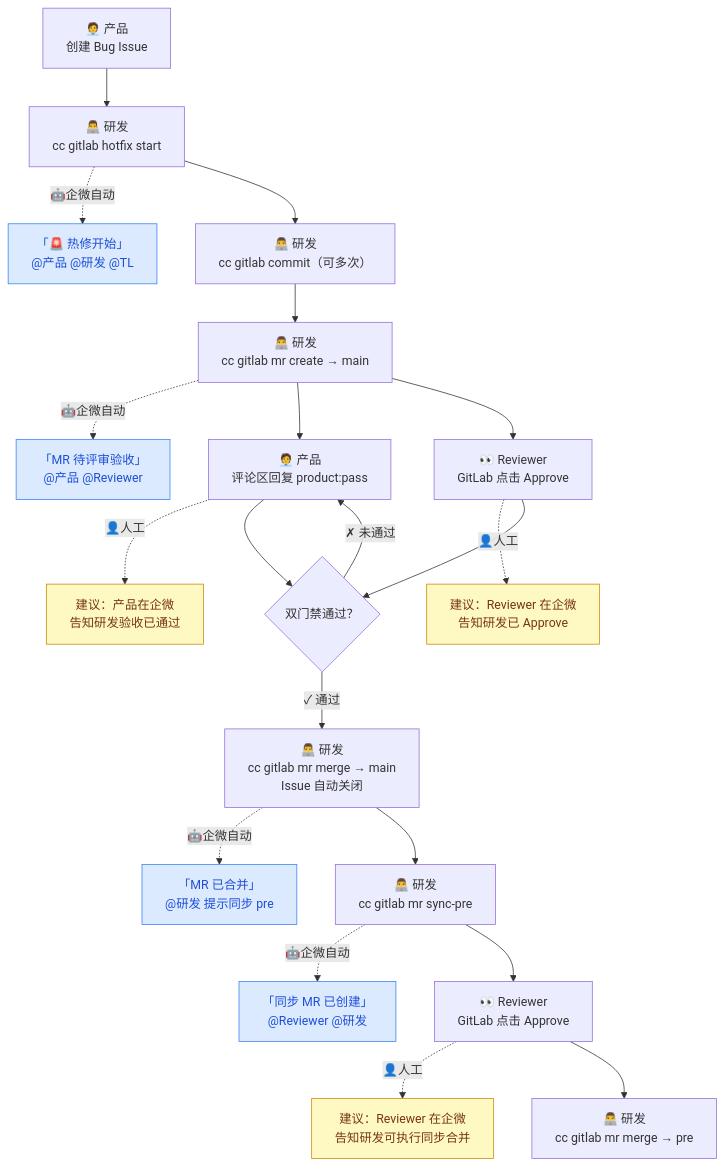
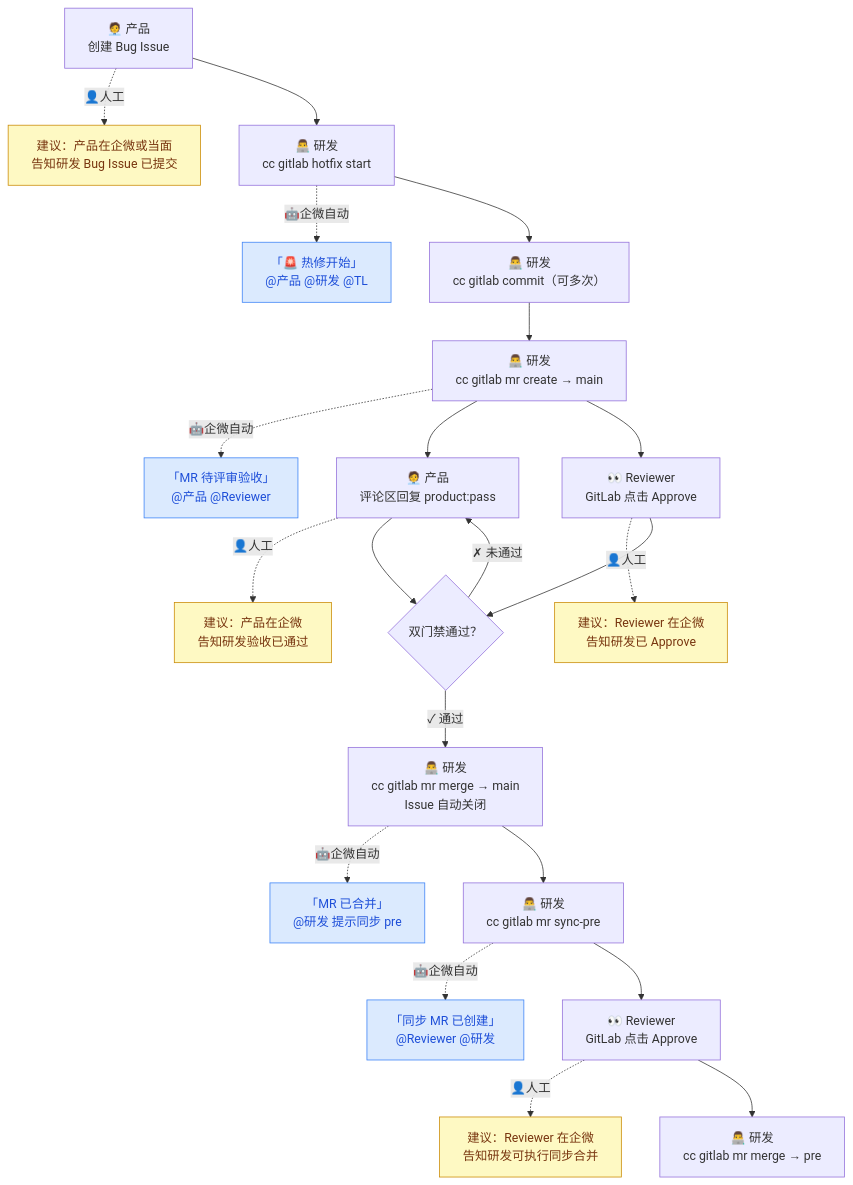
Before and after one commit to hustwujing/ai-workflow: the second of 2 diagrams in README.md, drawn with Mermaid. The commit also changed other lines of this file, not shown here.

First line of the commit message:
docs: 补充流程图中所有需人工通知的黄色节点

````diff
--- a/README.md
+++ b/README.md
@@ -512,25 +516,26 @@
 ```mermaid
 flowchart TD
     classDef bot fill:#dbeafe,stroke:#3b82f6,color:#1d4ed8
     classDef human fill:#fef9c3,stroke:#ca8a04,color:#78350f
 
-    A["🧑‍💼 产品\n创建 Bug Issue"] --> B["👨‍💻 研发\ncc gitlab hotfix start"]
+    A["🧑‍💼 产品\n创建 Bug Issue"] -. 👤人工 .-> aN["建议：产品在企微或当面\n告知研发 Bug Issue 已提交"]:::human
+    A --> B["👨‍💻 研发\ncc gitlab hotfix start"]
     B -. 🤖企微自动 .-> bN["「🚨 热修开始」\n@产品 @研发 @TL"]:::bot
     B --> C["👨‍💻 研发\ncc gitlab commit（可多次）"]
     C --> D["👨‍💻 研发\ncc gitlab mr create → main"]
     D -. 🤖企微自动 .-> dN["「MR 待评审验收」\n@产品 @Reviewer"]:::bot
     D --> E["🧑‍💼 产品\n评论区回复 product:pass"]
     D --> F["👀 Reviewer\nGitLab 点击 Approve"]
     E -. 👤人工 .-> eN["建议：产品在企微\n告知研发验收已通过"]:::human
     F -. 👤人工 .-> fN["建议：Reviewer 在企微\n告知研发已 Approve"]:::human
     E --> G{"双门禁通过？"}
     F --> G
     G -->|"✗ 未通过"| E
     G -->|"✓ 通过"| H["👨‍💻 研发\ncc gitlab mr merge → main\nIssue 自动关闭"]
     H -. 🤖企微自动 .-> hN["「MR 已合并」\n@研发 提示同步 pre"]:::bot
     H --> I["👨‍💻 研发\ncc gitlab mr sync-pre"]
     I -. 🤖企微自动 .-> iN["「同步 MR 已创建」\n@Reviewer @研发"]:::bot
     I --> J["👀 Reviewer\nGitLab 点击 Approve"]
     J -. 👤人工 .-> jN["建议：Reviewer 在企微\n告知研发可执行同步合并"]:::human
     J --> K["👨‍💻 研发\ncc gitlab mr merge → pre"]
 ```
````
